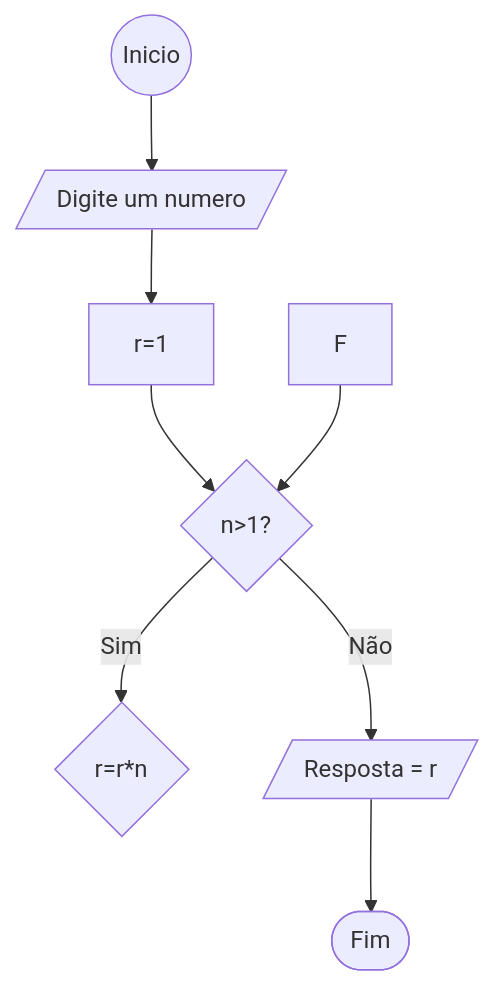
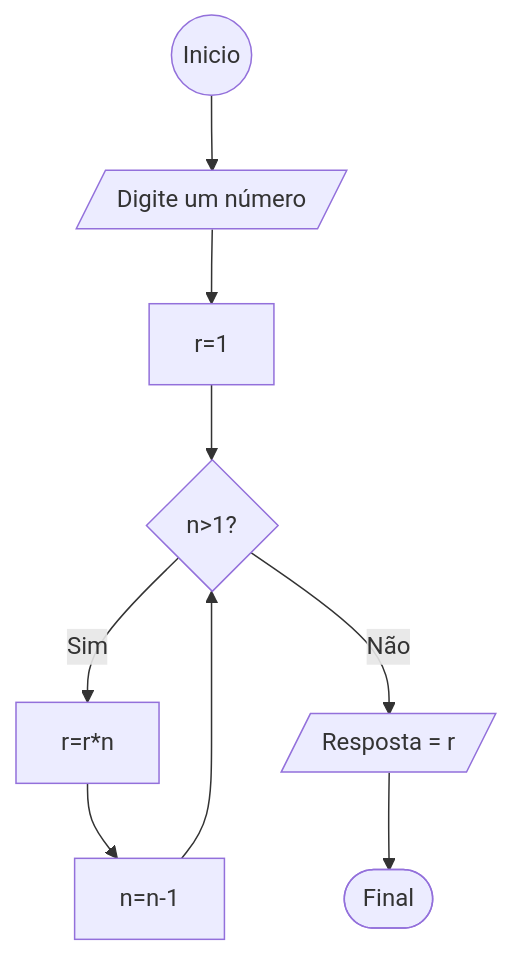
Before and after one commit to PedroDias010/list_exercises_LP: the eighth of 10 diagrams in Listas de Exercícios/LP_Lista_01/README.md, drawn with Mermaid. The commit also changed other lines of this file, not shown here.

````diff
--- a/Listas de Exercícios/LP_Lista_01/README.md
+++ b/Listas de Exercícios/LP_Lista_01/README.md
@@ -109,11 +118,12 @@
    ```mermaid
    flowchart TD
-   A(( Inicio )) --> B[/ Digite um numero /]
-   B --> C[r=1]
-   C --> D{n>1?}
-   D--> |Sim| E{r=r*n}
-   F --> D
-   D --> |Não| G[/ Resposta = r/]
-   G --> H([Fim])
+      A((Inicio)) --> B[/Digite um número/]
+      B --> C[r=1]
+      C --> D{n>1?}
+      D --> |Sim| E[r=r*n]
+      E --> F[n=n-1]
+      F --> D
+      D --> |Não| G[/Resposta = r/]
+      G --> H([Final])
       
    ```
````
